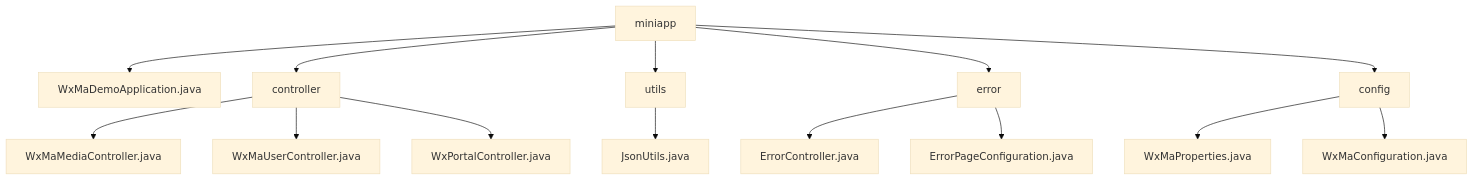
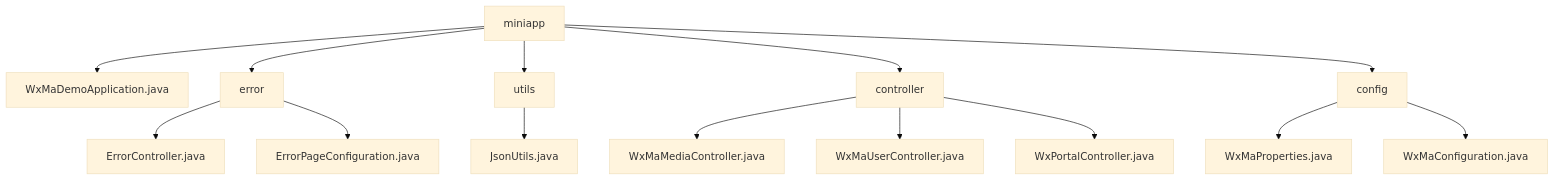
Before and after one commit to v-wjrong/rongwj666_weixin-java-miniapp-demo: the diagram in docs/en/docs/src/main/java/com/github/binarywang/demo/wx/miniapp/_module.md, drawn with Mermaid (base theme). The commit also changed other lines of this file and 42 other files, not shown here.

````diff
--- a/docs/en/docs/src/main/java/com/github/binarywang/demo/wx/miniapp/_module.md
+++ b/docs/en/docs/src/main/java/com/github/binarywang/demo/wx/miniapp/_module.md
@@ -22,16 +22,16 @@
 ```mermaid
 graph TD
     miniapp --> WxMaDemoApplication.java
+    miniapp --> error
+    miniapp --> utils
     miniapp --> controller
-    miniapp --> utils
-    miniapp --> error
     miniapp --> config
+    error --> ErrorController.java
+    error --> ErrorPageConfiguration.java
+    utils --> JsonUtils.java
     controller --> WxMaMediaController.java
     controller --> WxMaUserController.java
     controller --> WxPortalController.java
-    utils --> JsonUtils.java
-    error --> ErrorController.java
-    error --> ErrorPageConfiguration.java
     config --> WxMaProperties.java
     config --> WxMaConfiguration.java
 ```
````
